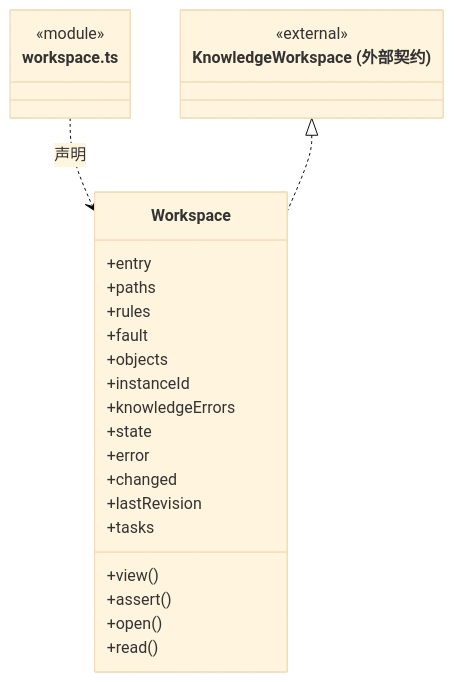
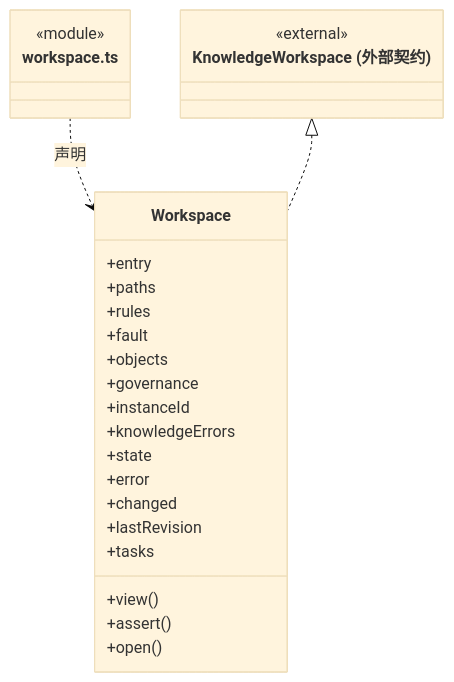
One commit to nan023062/cbim changed the third of 6 diagrams in src/backend/main/workspace/ARCHITECTURE.md. Above: the diagram before and after it, drawn with Mermaid (base theme). The commit also changed other lines of this file and 50 other files, not shown here.

````diff
--- a/src/backend/main/workspace/ARCHITECTURE.md
+++ b/src/backend/main/workspace/ARCHITECTURE.md
@@ -64,29 +64,29 @@
 ```mermaid
 classDiagram
 class N_src_backend_main_workspace_workspace_ts["workspace.ts"] {
   <<module>>
 }
 class N_src_backend_main_workspace_workspace_ts_Workspace["Workspace"] {
   +entry
   +paths
   +rules
   +fault
   +objects
+  +governance
   +instanceId
   +knowledgeErrors
   +state
   +error
   +changed
   +lastRevision
   +tasks
   +view()
   +assert()
   +open()
-  +read()
 }
 N_src_backend_main_workspace_workspace_ts ..> N_src_backend_main_workspace_workspace_ts_Workspace : 声明
 class N_src_backend_main_workspace_workspace_ts_external_KnowledgeWorkspace["KnowledgeWorkspace (外部契约)"] {
   <<external>>
 }
 N_src_backend_main_workspace_workspace_ts_external_KnowledgeWorkspace <|.. N_src_backend_main_workspace_workspace_ts_Workspace
 ```
````
